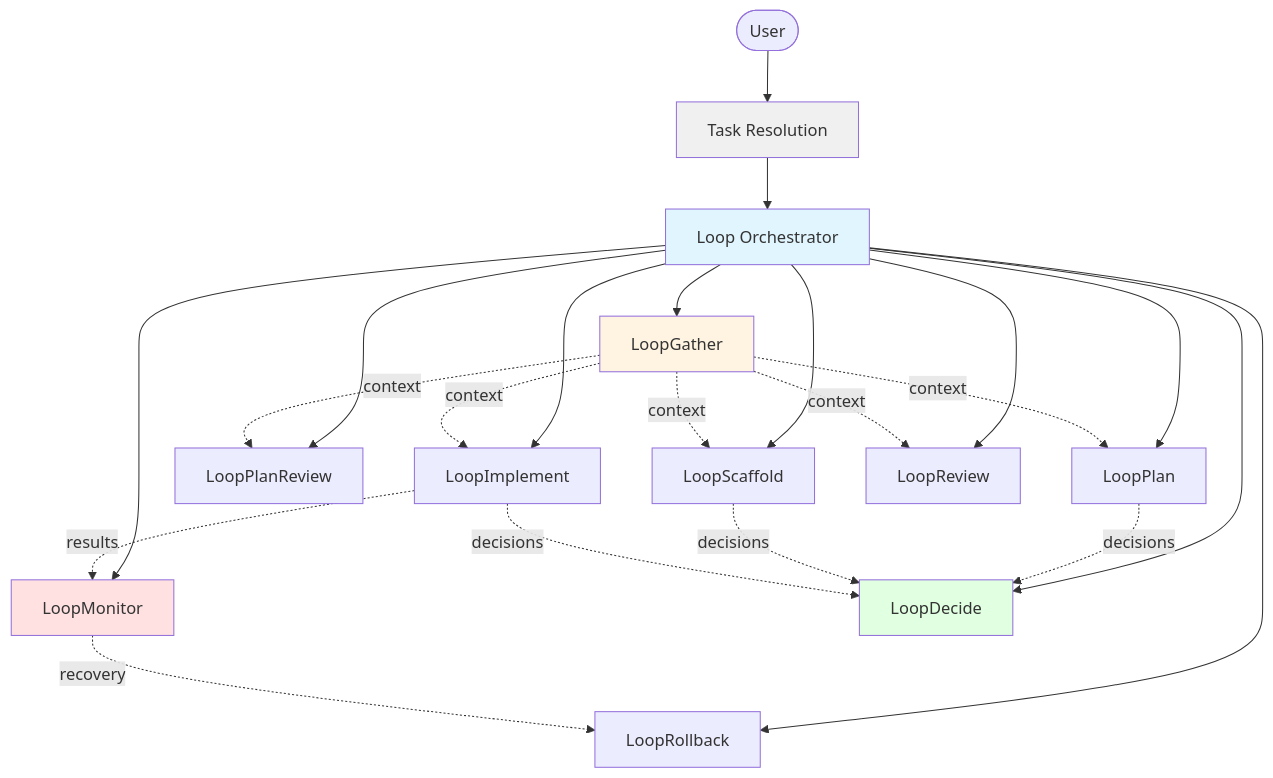
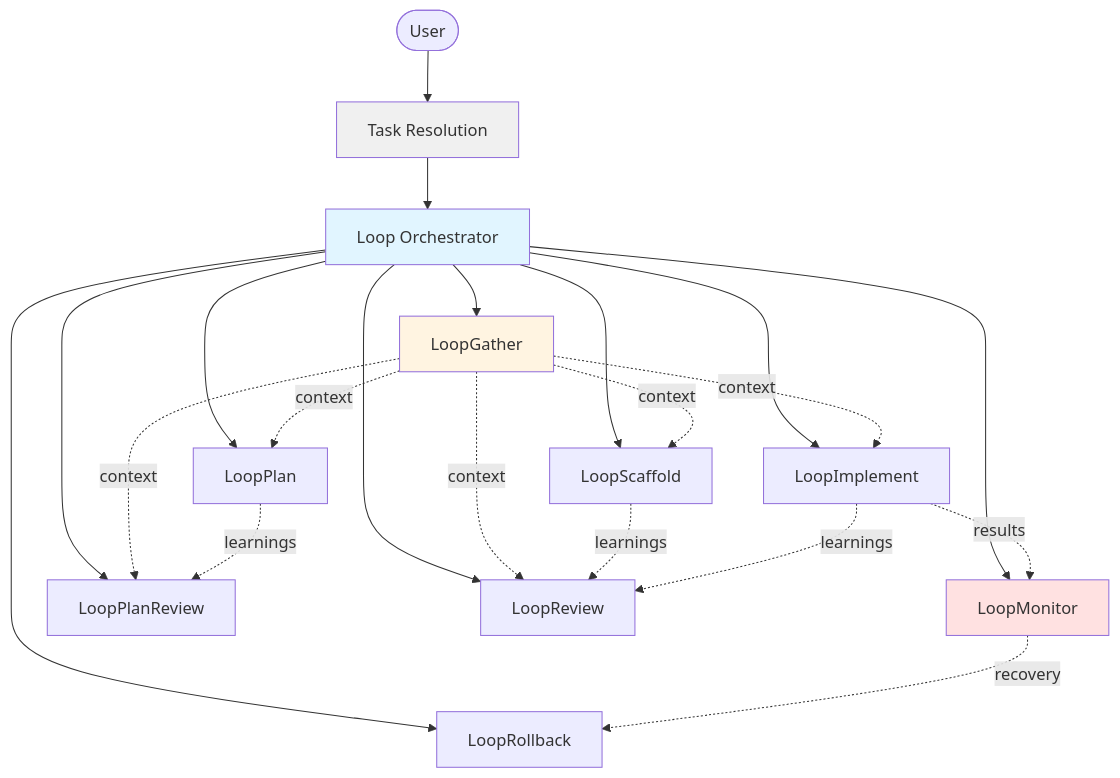
Before and after one commit to digitarald/loop-agent: the first of 4 diagrams in README.md, drawn with Mermaid. The commit also changed other lines of this file and 10 other files, not shown here.

````diff
--- a/README.md
+++ b/README.md
@@ -24,36 +24,34 @@
 ```mermaid
 flowchart TB
     User([User]) --> Resolve[Task Resolution]
     Resolve --> Loop[Loop Orchestrator]
     
     Loop --> LG[LoopGather]
     Loop --> LM[LoopMonitor]
-    Loop --> LD[LoopDecide]
     
     Loop --> LP[LoopPlan]
     Loop --> LPR[LoopPlanReview]
     
     Loop --> LS[LoopScaffold]
     Loop --> LI[LoopImplement]
     Loop --> LR[LoopReview]
     Loop --> LRB[LoopRollback]
     
     LG -.context.-> LP
     LG -.context.-> LPR
     LG -.context.-> LS
     LG -.context.-> LI
     LG -.context.-> LR
     
-    LP -.decisions.-> LD
-    LS -.decisions.-> LD
-    LI -.decisions.-> LD
+    LP -.learnings.-> LPR
+    LS -.learnings.-> LR
+    LI -.learnings.-> LR
     
     LI -.results.-> LM
     LM -.recovery.-> LRB
     
     style Loop fill:#e1f5ff
     style Resolve fill:#f0f0f0
     style LG fill:#fff4e1
     style LM fill:#ffe1e1
-    style LD fill:#e1ffe1
 ```
````
